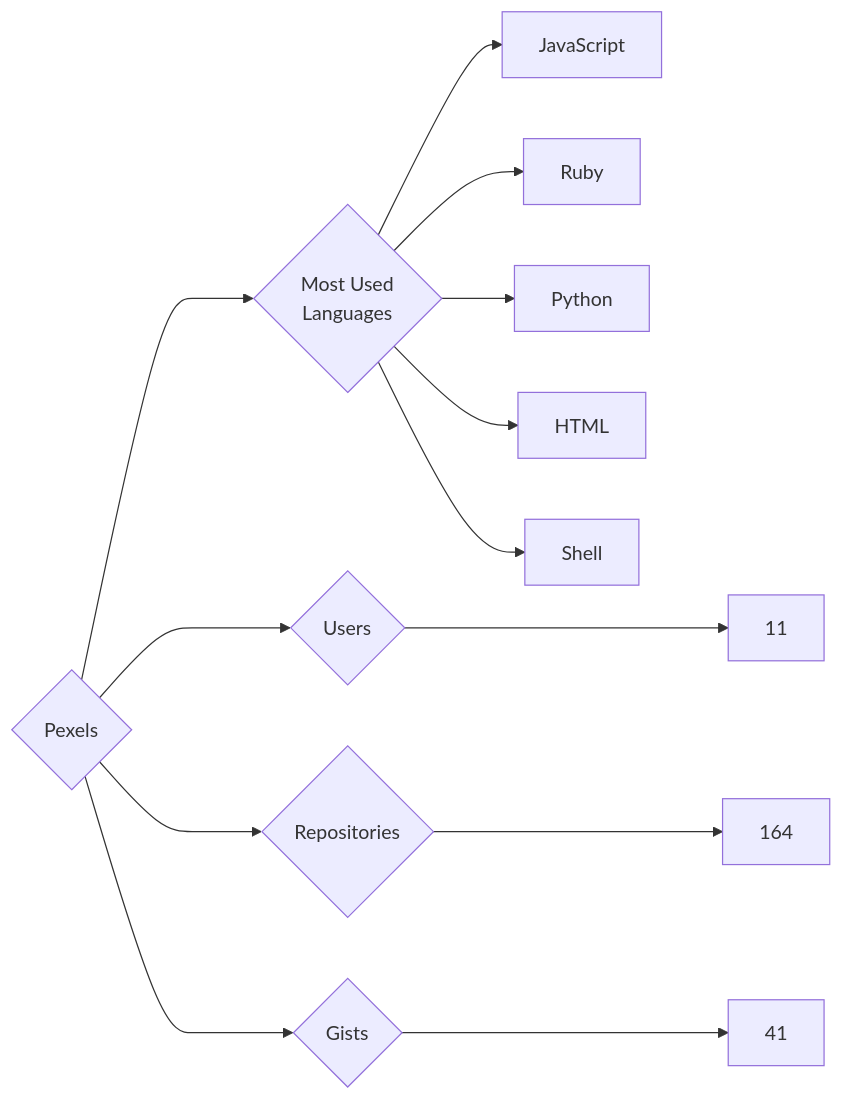
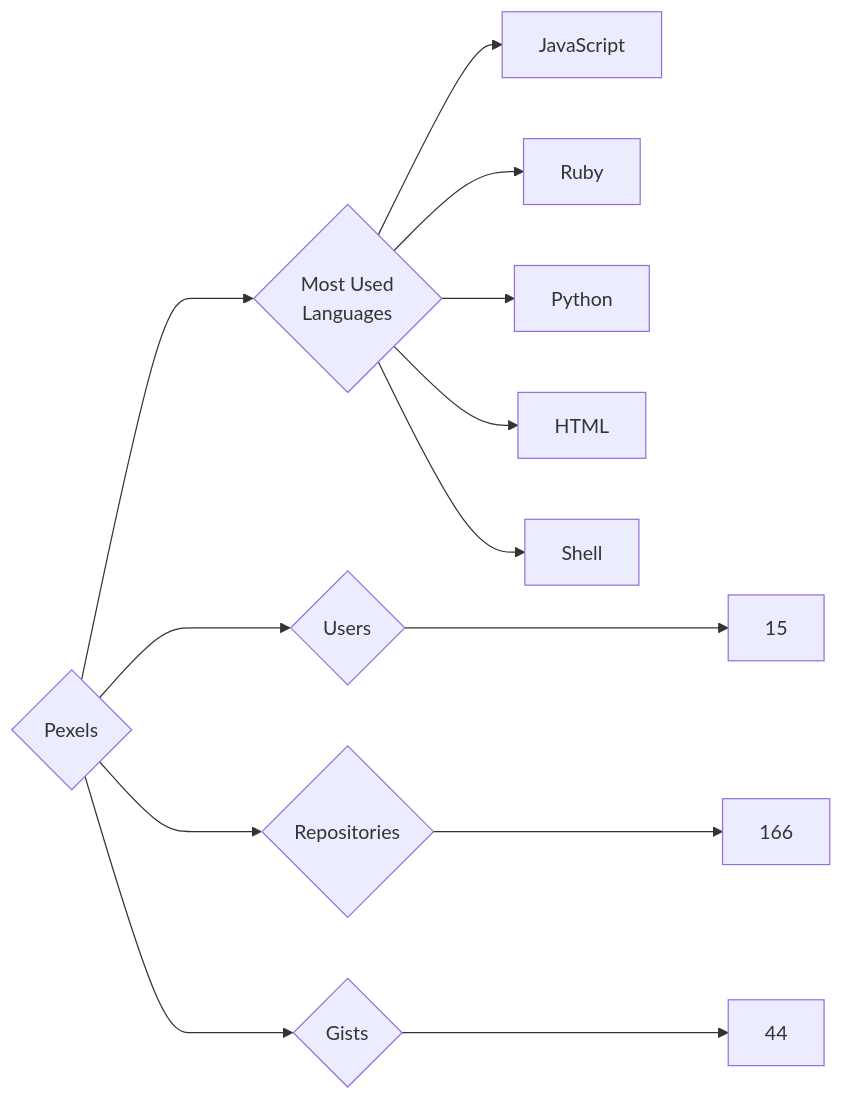
One commit to trickest/insiders changed the diagram in targets/Pexels/README.md. Above: the diagram before and after it, drawn with Mermaid. The commit also changed 1389 other files, not shown here.

````diff
--- a/targets/Pexels/README.md
+++ b/targets/Pexels/README.md
@@ -3,13 +3,13 @@
 ```mermaid
 graph LR
 COMPANY_NAME{Pexels}
-COMPANY_NAME ---> U{Users} ---> UN[11]
-COMPANY_NAME ---> R{Repositories} ---> RN[164]
-COMPANY_NAME ---> G{Gists} ---> GN[41]
+COMPANY_NAME ---> U{Users} ---> UN[15]
+COMPANY_NAME ---> R{Repositories} ---> RN[166]
+COMPANY_NAME ---> G{Gists} ---> GN[44]
 COMPANY_NAME ---> ML{Most Used<br>Languages}
 ML --> JavaScript[JavaScript]
 ML --> Ruby[Ruby]
 ML --> Python[Python]
 ML --> HTML[HTML]
 ML --> Shell[Shell]
 ```
````
